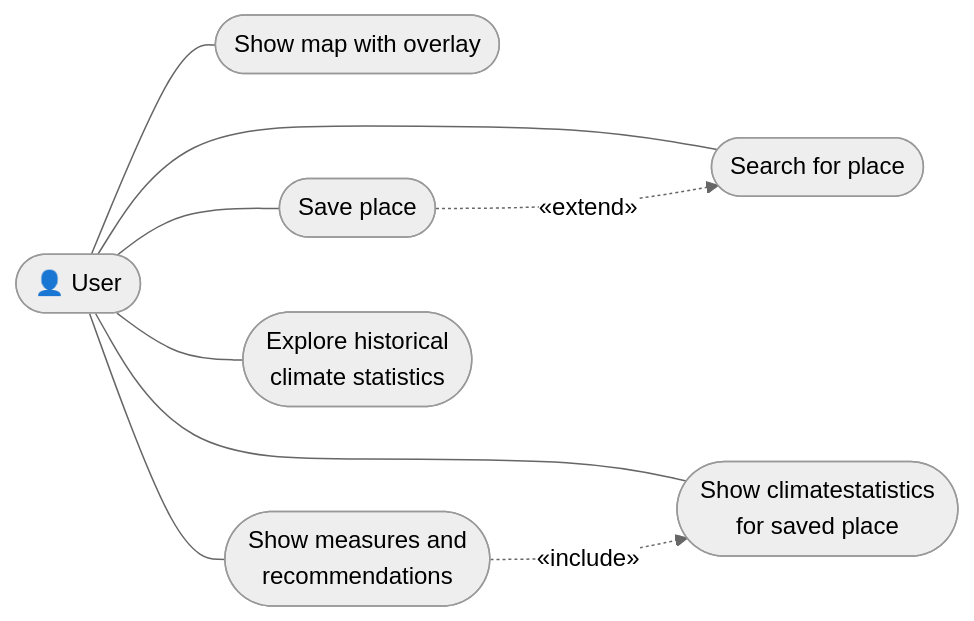
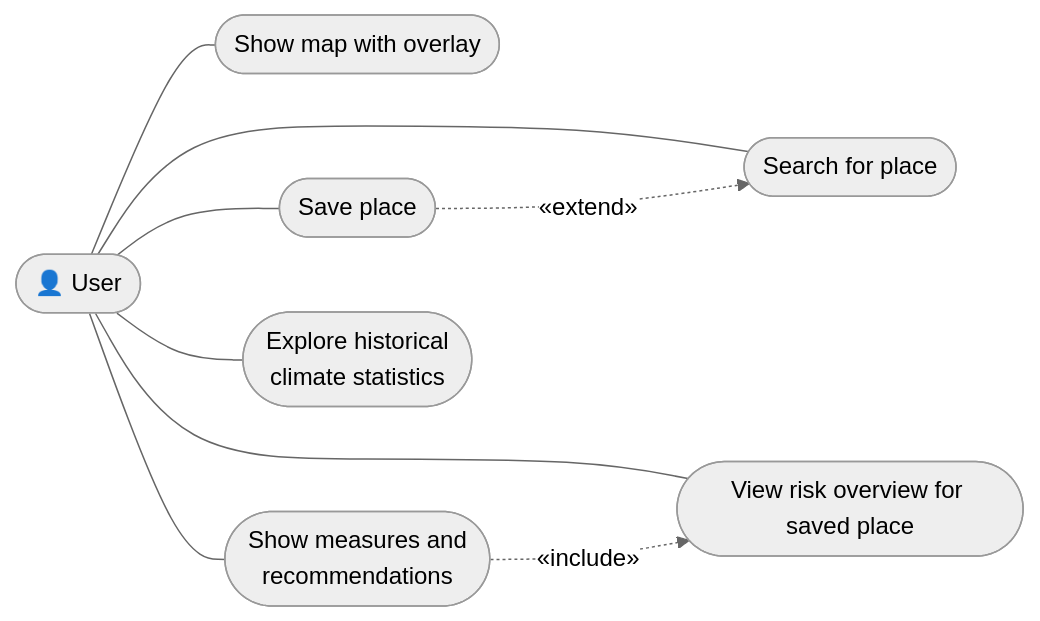
One commit to Dannevanne/klima-app changed the diagram in MODELING.md. Above: the diagram before and after it, drawn with Mermaid (neutral theme). The commit also changed other lines of this file, not shown here.

Commit message:
fix: change use case 4

````diff
--- a/MODELING.md
+++ b/MODELING.md
@@ -5,23 +5,25 @@
 ```mermaid
 flowchart LR
     User(["👤 User"])
 
     UC1(["Show map with overlay"])
     UC2(["Search for place"])
     UC3(["Save place"])
-    UC4(["Show climatestatistics\nfor saved place"])
+    UC4(["View risk overview for saved place"])
     UC5(["Show measures and\nrecommendations"])
     UC6(["Explore historical\nclimate statistics"])
 
     User --- UC1
     User --- UC2
     User --- UC3
     User --- UC4
     User --- UC5
     User --- UC6
 
     %% <<extend>>
     UC3 -.->|«extend»| UC2
+
+    %% <<include>>
     UC5 -.->|«include»| UC4
 
 ```
````
